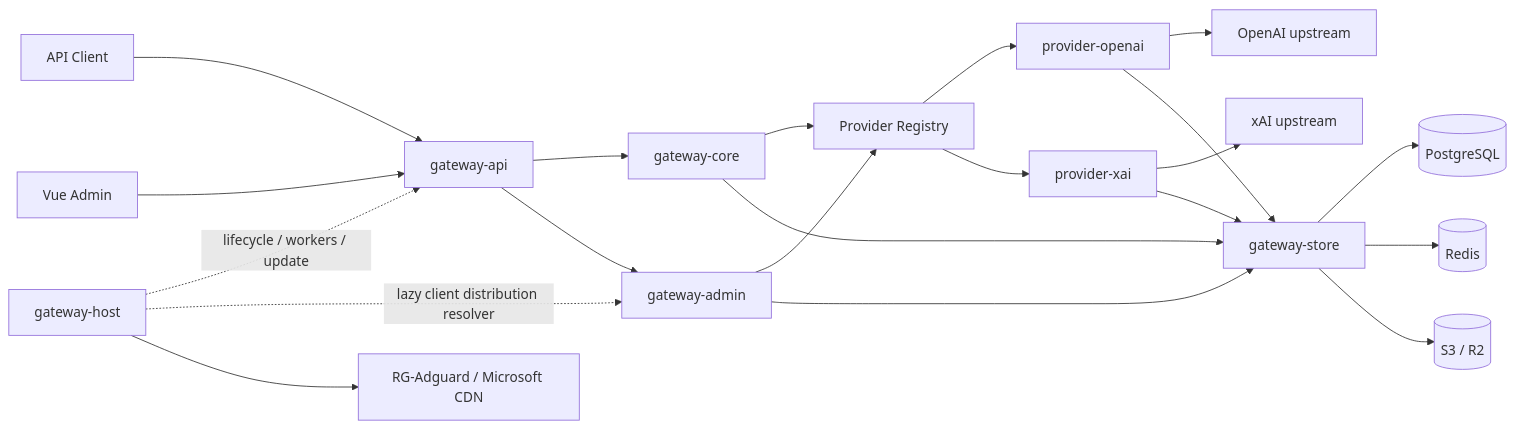
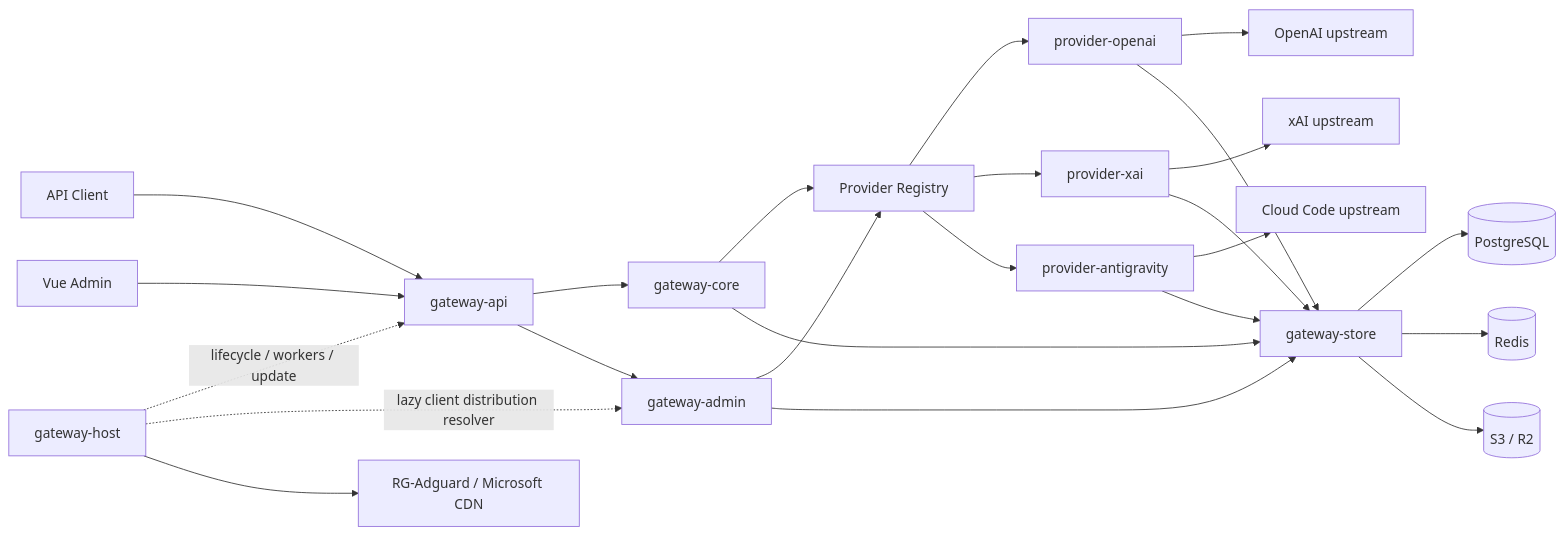
One commit to Heykode/newcpr changed the first of 2 diagrams in docs/architecture.md. Above: the diagram before and after it, drawn with Mermaid. The commit also changed other lines of this file and 480 other files, not shown here.

````diff
--- a/docs/architecture.md
+++ b/docs/architecture.md
@@ -22,27 +22,30 @@
 ```mermaid
 flowchart LR
   Client[API Client] --> API[gateway-api]
   Browser[Vue Admin] --> API
 
   API --> Core[gateway-core]
   API --> Admin[gateway-admin]
 
   Core --> Registry[Provider Registry]
   Admin --> Registry
   Registry --> OpenAI[provider-openai]
   Registry --> XAI[provider-xai]
+  Registry --> AGY[provider-antigravity]
+  AGY --> GoogleUpstream[Cloud Code upstream]
   OpenAI --> OpenAIUpstream[OpenAI upstream]
   XAI --> XAIUpstream[xAI upstream]
 
   Core --> Store[gateway-store]
   Admin --> Store
   OpenAI --> Store
   XAI --> Store
+  AGY --> Store
   Store --> PG[(PostgreSQL)]
   Store --> Redis[(Redis)]
   Store --> Object[(S3 / R2)]
 
   Host[gateway-host] -. lifecycle / workers / update .-> API
   Host -. lazy client distribution resolver .-> Admin
   Host --> StoreLinks[RG-Adguard / Microsoft CDN]
 ```
````
